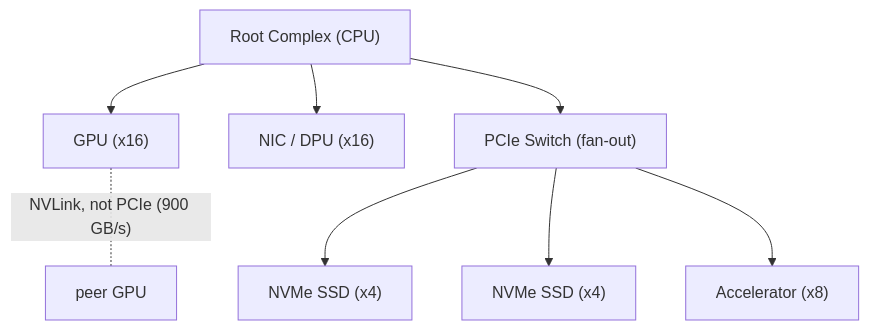
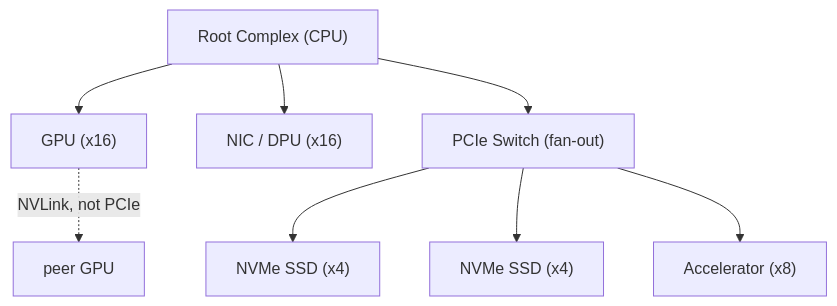
The second of 2 diagrams in 03_pcie_deep_dive.md (FrankHuang94/datacenter_networking_claude), drawn with Mermaid before and after one commit. The commit also changed 4 other files, not shown here.

First line of the commit message:
Harden Mermaid edge-label syntax for reliable GitHub rendering

````diff
--- a/03_pcie_deep_dive.md
+++ b/03_pcie_deep_dive.md
@@ -169,10 +169,10 @@
 ```mermaid
 flowchart TB
   RC["Root Complex (CPU)"] --> GPU["GPU (x16)"]
   RC --> NIC["NIC / DPU (x16)"]
   RC --> SW["PCIe Switch (fan-out)"]
   SW --> NVMe1["NVMe SSD (x4)"]
   SW --> NVMe2["NVMe SSD (x4)"]
   SW --> Acc["Accelerator (x8)"]
-  GPU -. "NVLink, not PCIe (900 GB/s)" .- GPU2["peer GPU"]
+  GPU -.->|"NVLink, not PCIe"| GPU2["peer GPU"]
 ```
````
